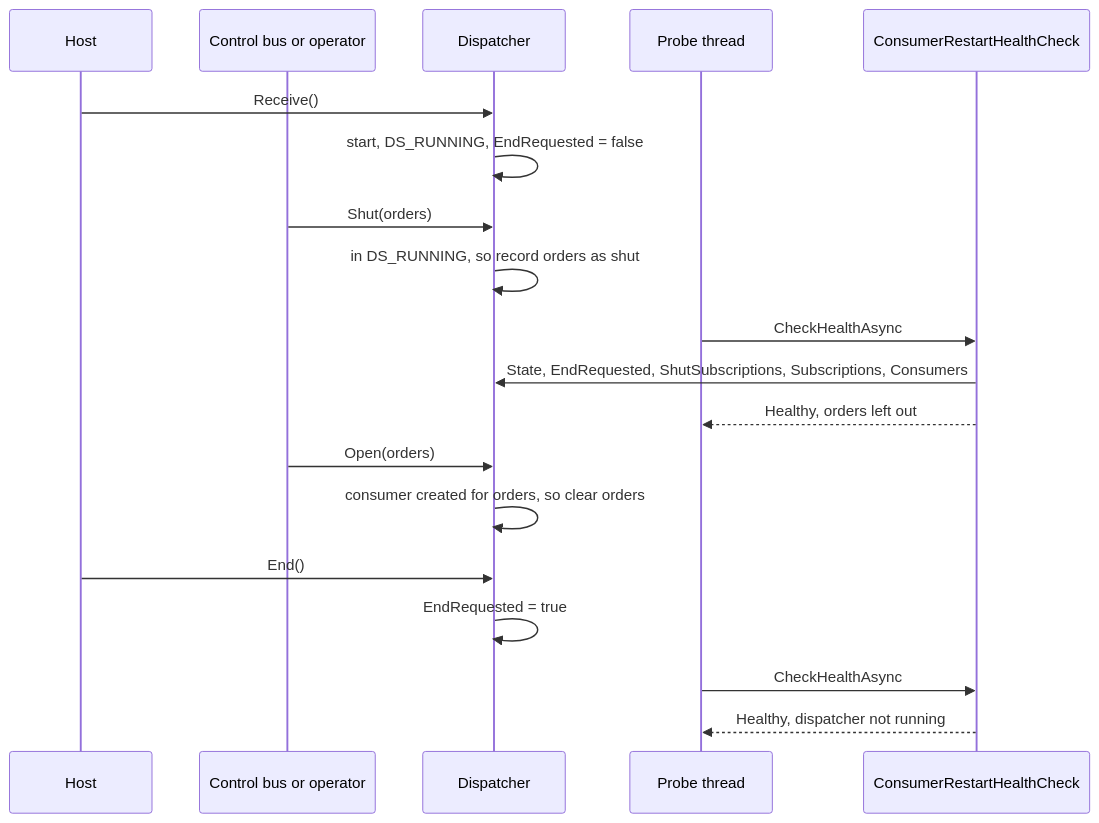
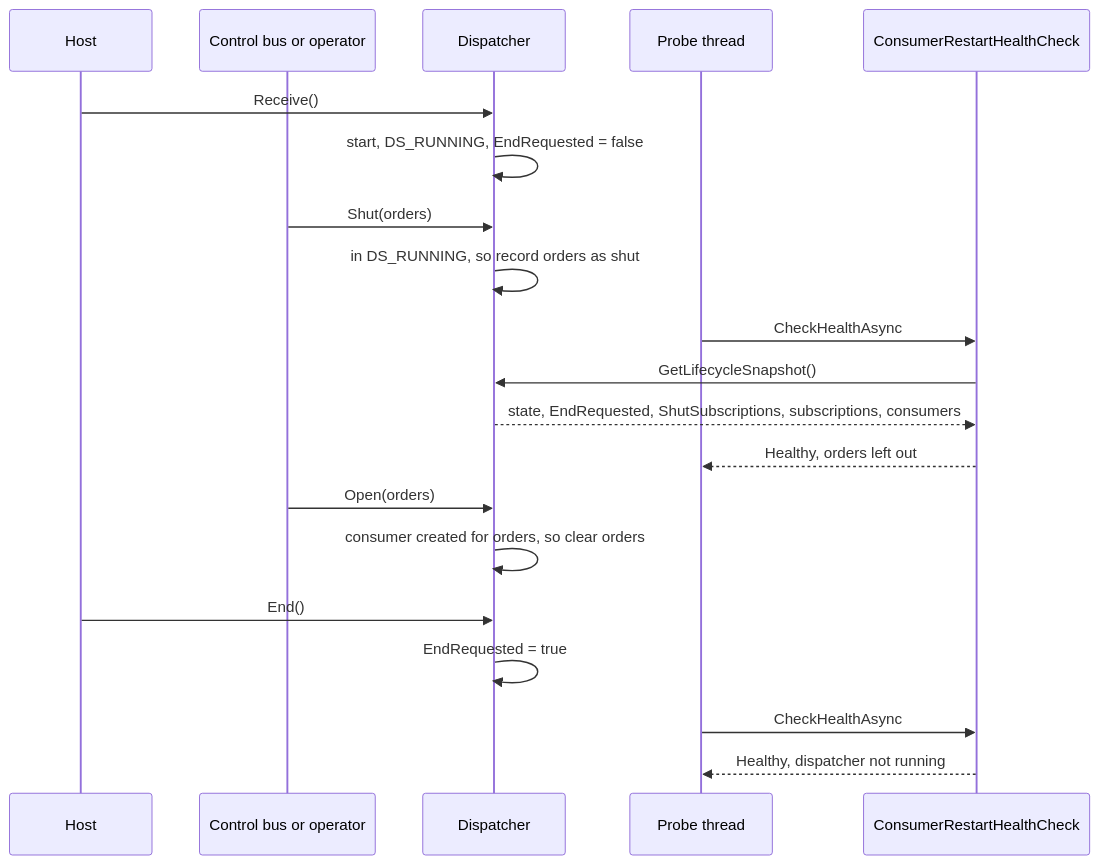
One commit to BrighterCommand/Brighter changed the first of 2 diagrams in docs/adr/0087-consumer-remedy-health-checks.md. Above: the diagram before and after it, drawn with Mermaid. The commit also changed other lines of this file and 4 other files, not shown here.

````diff
--- a/docs/adr/0087-consumer-remedy-health-checks.md
+++ b/docs/adr/0087-consumer-remedy-health-checks.md
@@ -113,22 +114,23 @@
 ```mermaid
 sequenceDiagram
     participant Host as Host
     participant Ops as Control bus or operator
     participant D as Dispatcher
     participant Probe as Probe thread
     participant R as ConsumerRestartHealthCheck
 
     Host->>D: Receive()
     D->>D: start, DS_RUNNING, EndRequested = false
     Ops->>D: Shut(orders)
     D->>D: in DS_RUNNING, so record orders as shut
     Probe->>R: CheckHealthAsync
-    R->>D: State, EndRequested, ShutSubscriptions, Subscriptions, Consumers
+    R->>D: GetLifecycleSnapshot()
+    D-->>R: state, EndRequested, ShutSubscriptions, subscriptions, consumers
     R-->>Probe: Healthy, orders left out
     Ops->>D: Open(orders)
     D->>D: consumer created for orders, so clear orders
     Host->>D: End()
     D->>D: EndRequested = true
     Probe->>R: CheckHealthAsync
     R-->>Probe: Healthy, dispatcher not running
 ```
````
